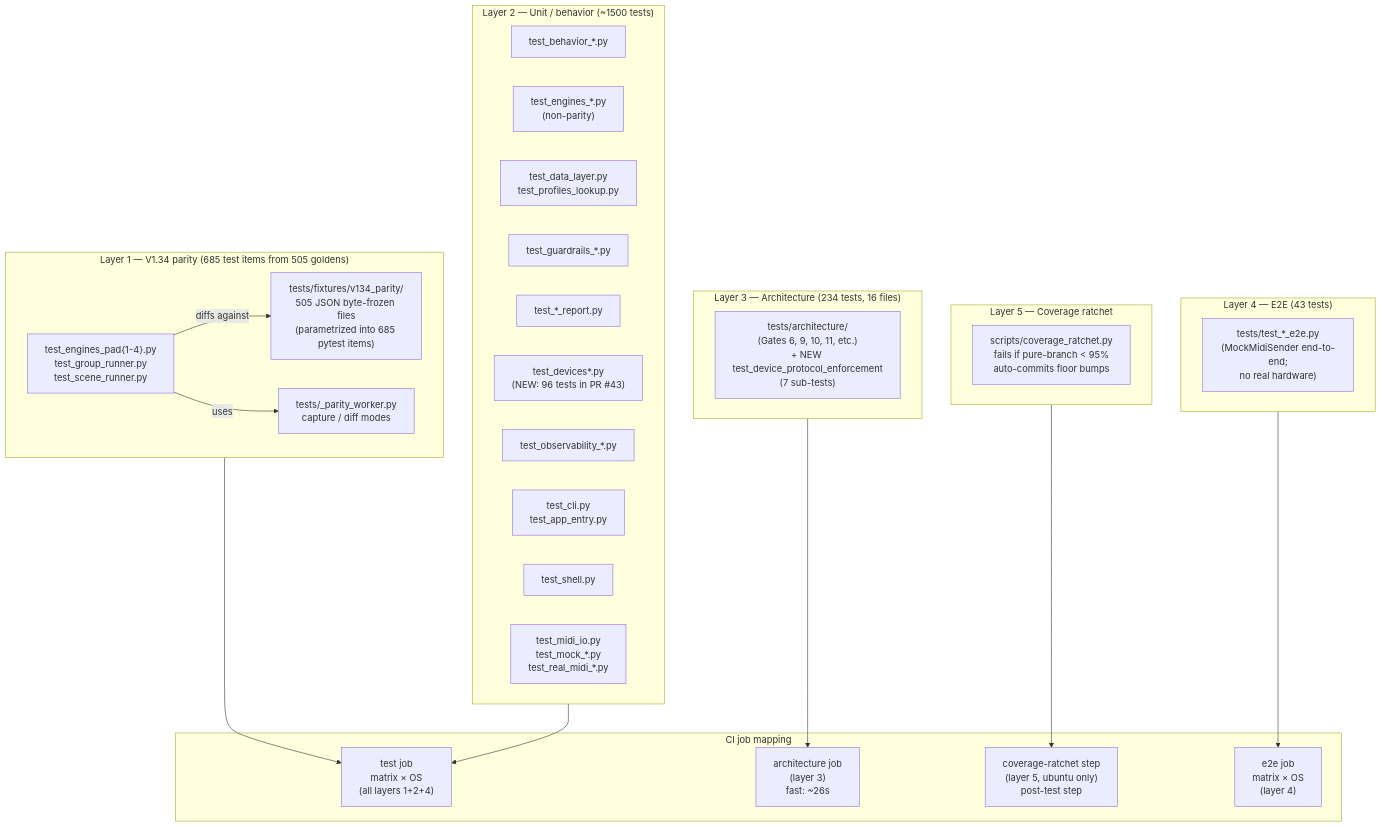
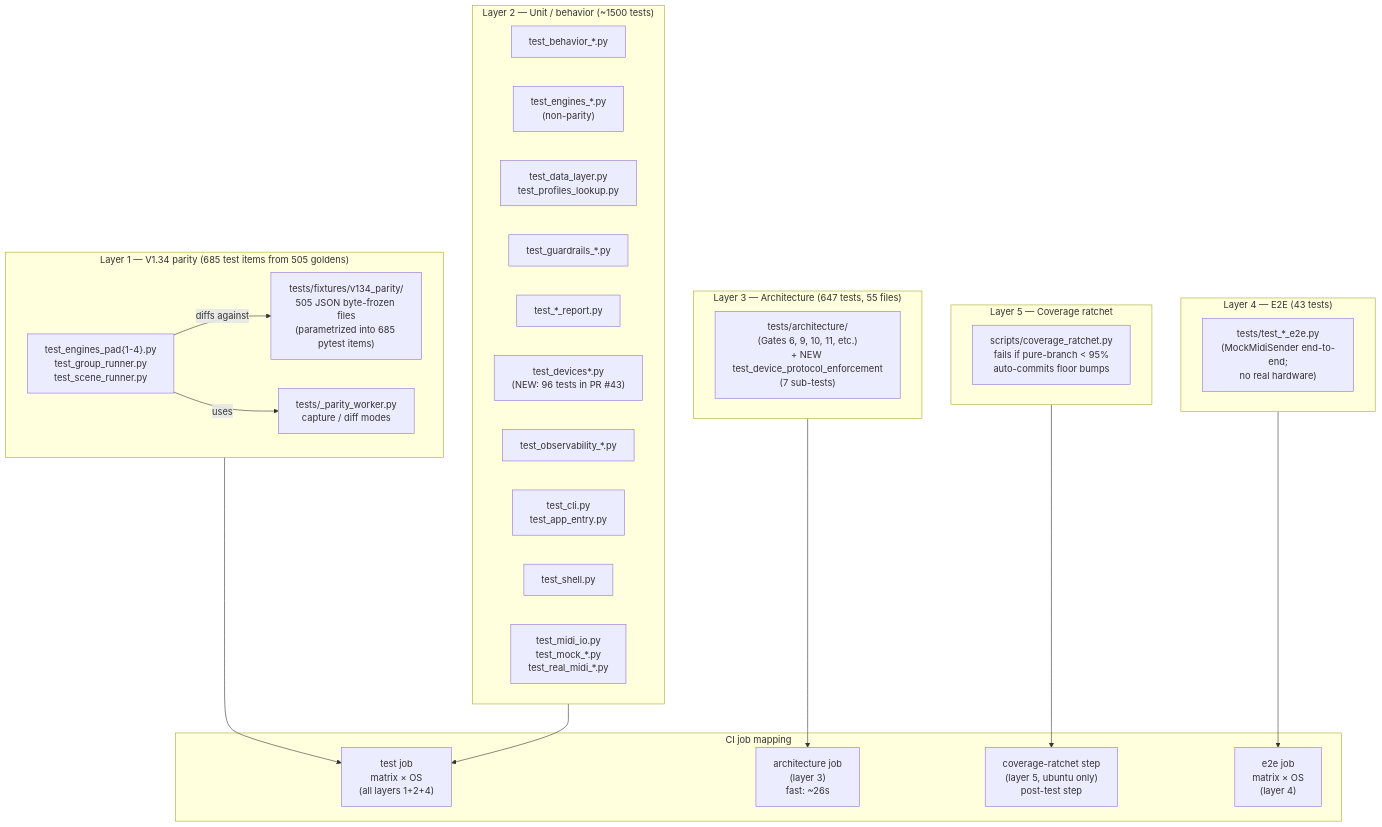
One commit to buzzijose-hub/RytmRandomizer changed diagram 13 of 34 in docs/ARCHITECTURE_DIAGRAMS.md. Above: the diagram before and after it, drawn with Mermaid. The commit also changed other lines of this file and 40 other files, not shown here.

````diff
--- a/docs/ARCHITECTURE_DIAGRAMS.md
+++ b/docs/ARCHITECTURE_DIAGRAMS.md
@@ -910,49 +937,49 @@
 ```mermaid
 flowchart TB
     subgraph Layer1["Layer 1 — V1.34 parity (685 test items from 505 goldens)"]
         Goldens["tests/fixtures/v134_parity/<br/>505 JSON byte-frozen files<br/>(parametrized into 685 pytest items)"]
         ParityTests["test_engines_pad{1-4}.py<br/>test_group_runner.py<br/>test_scene_runner.py"]
         ParityWorker["tests/_parity_worker.py<br/>capture / diff modes"]
     end
 
     subgraph Layer2["Layer 2 — Unit / behavior (~1500 tests)"]
         BehaviorTests["test_behavior_*.py"]
         EngineUnits["test_engines_*.py<br/>(non-parity)"]
         DataTests["test_data_layer.py<br/>test_profiles_lookup.py"]
         GuardrailsTests["test_guardrails_*.py"]
         ReportsTests["test_*_report.py"]
         DeviceTests["test_devices*.py<br/>(NEW: 96 tests in PR #43)"]
         ObservabilityTests["test_observability_*.py"]
         CliTests["test_cli.py<br/>test_app_entry.py"]
         ShellTests["test_shell.py"]
         MidiTests["test_midi_io.py<br/>test_mock_*.py<br/>test_real_midi_*.py"]
     end
 
-    subgraph Layer3["Layer 3 — Architecture (234 tests, 16 files)"]
+    subgraph Layer3["Layer 3 — Architecture (647 tests, 55 files)"]
         ArchTests["tests/architecture/<br/>(Gates 6, 9, 10, 11, etc.)<br/>+ NEW test_device_protocol_enforcement<br/>(7 sub-tests)"]
     end
 
     subgraph Layer4["Layer 4 — E2E (43 tests)"]
         E2ETests["tests/test_*_e2e.py<br/>(MockMidiSender end-to-end;<br/>no real hardware)"]
     end
 
     subgraph Layer5["Layer 5 — Coverage ratchet"]
         CovScript["scripts/coverage_ratchet.py<br/>fails if pure-branch < 95%<br/>auto-commits floor bumps"]
     end
 
     subgraph CIJobs["CI job mapping"]
         TestJob["test job<br/>matrix × OS<br/>(all layers 1+2+4)"]
         ArchJob["architecture job<br/>(layer 3)<br/>fast: ~26s"]
         CovJob["coverage-ratchet step<br/>(layer 5, ubuntu only)<br/>post-test step"]
         E2EJob["e2e job<br/>matrix × OS<br/>(layer 4)"]
     end
 
     Layer1 --> TestJob
     Layer2 --> TestJob
     Layer3 --> ArchJob
     Layer4 --> E2EJob
     Layer5 --> CovJob
 
     ParityTests -->|"diffs against"| Goldens
     ParityTests -->|"uses"| ParityWorker
 ```
````
